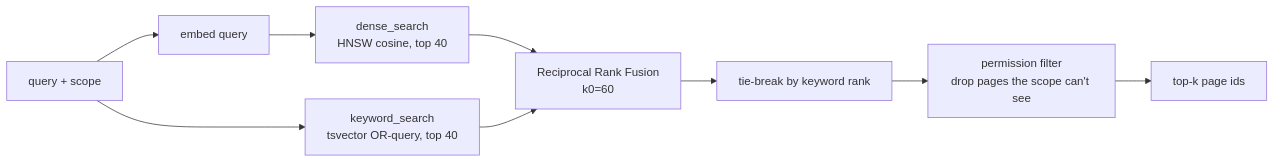
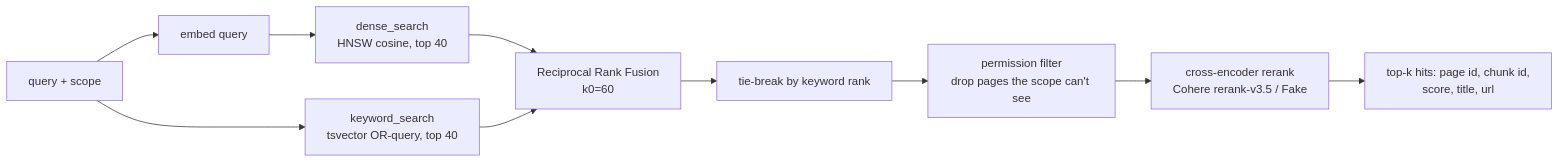
Before and after one commit to vansteenbergenmatisse/Obi_v1: the fifth of 6 diagrams in docs/rag/how_this_works.md, drawn with Mermaid. The commit also changed other lines of this file and 2 other files, not shown here.

````diff
--- a/docs/rag/how_this_works.md
+++ b/docs/rag/how_this_works.md
@@ -468,11 +495,12 @@
 ```mermaid
 flowchart LR
   Q[query + scope] --> E[embed query]
   E --> D[dense_search<br/>HNSW cosine, top 40]
   Q --> K[keyword_search<br/>tsvector OR-query, top 40]
   D --> F[Reciprocal Rank Fusion<br/>k0=60]
   K --> F
   F --> TB[tie-break by keyword rank]
   TB --> P[permission filter<br/>drop pages the scope can't see]
-  P --> TOP[top-k page ids]
+  P --> RR[cross-encoder rerank<br/>Cohere rerank-v3.5 / Fake]
+  RR --> TOP[top-k hits: page id, chunk id,<br/>score, title, url]
 ```
````
